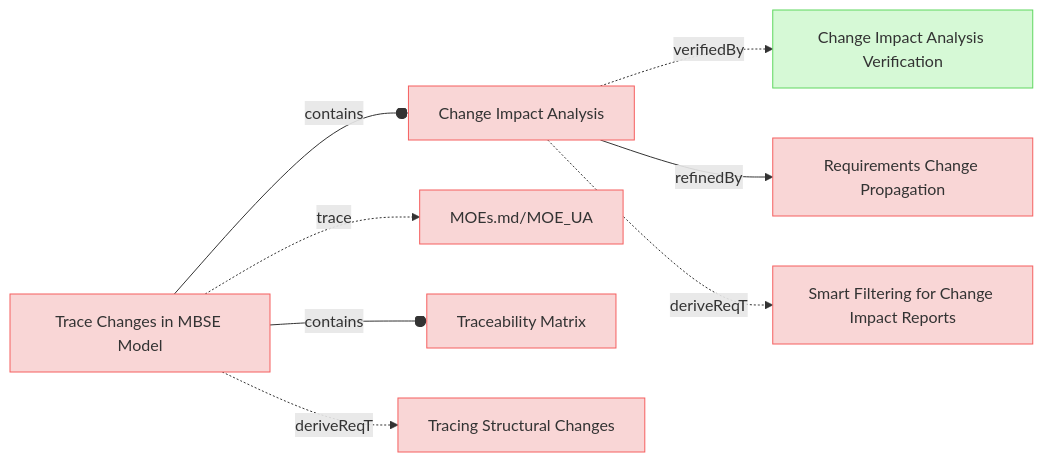
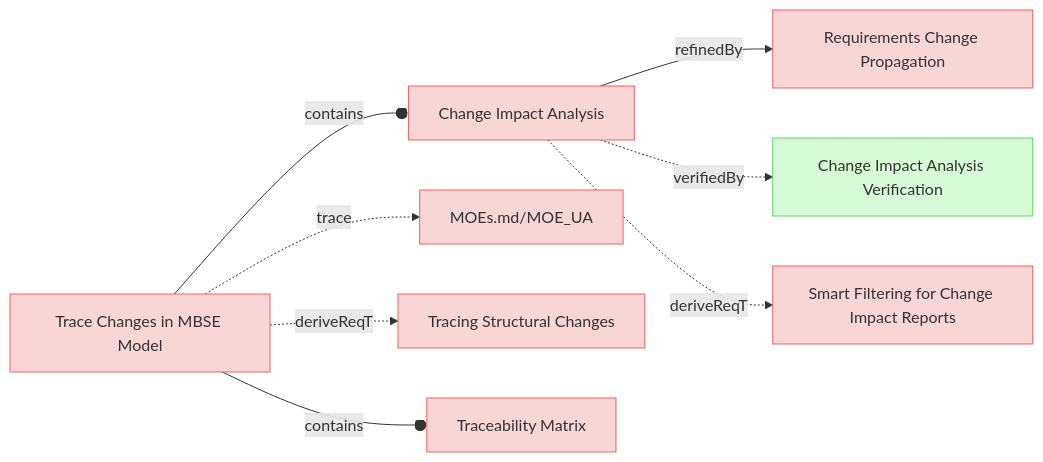
The eighth of 9 diagrams in specifications/UserRequirements.md (reqvire-org/reqvire), drawn with Mermaid before and after one commit. The commit also changed other lines of this file and 23 other files, not shown here.

````diff
--- a/specifications/UserRequirements.md
+++ b/specifications/UserRequirements.md
@@ -769,40 +777,40 @@
 ```mermaid
 graph LR;
   %% Graph styling
   classDef requirement fill:#f9d6d6,stroke:#f55f5f,stroke-width:1px;
   classDef verification fill:#d6f9d6,stroke:#5fd75f,stroke-width:1px;
   classDef externalLink fill:#d0e0ff,stroke:#3080ff,stroke-width:1px;
   classDef default fill:#f5f5f5,stroke:#333333,stroke-width:1px;
 
   9933cac5853a8584["Change Impact Analysis"];
   class 9933cac5853a8584 requirement;
   click 9933cac5853a8584 "UserRequirements.md#change-impact-analysis";
+  2054606d7574a553["Requirements Change Propagation"];
+  class 2054606d7574a553 requirement;
+  click 2054606d7574a553 "SpecificationsRequirements.md#requirements-change-propagation";
+  9933cac5853a8584 -->|refinedBy| 2054606d7574a553;
   b72d56e7e360fe6c["Change Impact Analysis Verification"];
   class b72d56e7e360fe6c verification;
   click b72d56e7e360fe6c "Verifications/ChangeImpactTests.md#change-impact-analysis-verification";
   9933cac5853a8584 -.->|verifiedBy| b72d56e7e360fe6c;
-  2054606d7574a553["Requirements Change Propagation"];
-  class 2054606d7574a553 requirement;
-  click 2054606d7574a553 "SpecificationsRequirements.md#requirements-change-propagation";
-  9933cac5853a8584 -->|refinedBy| 2054606d7574a553;
   ced028f36159c967["Smart Filtering for Change Impact Reports"];
   class ced028f36159c967 requirement;
   click ced028f36159c967 "SystemRequirements/ChangeImpactPropagation.md#smart-filtering-for-change-impact-reports";
   9933cac5853a8584 -.->|deriveReqT| ced028f36159c967;
   5ef9c8ae19a9f55a["Trace Changes in MBSE Model"];
   class 5ef9c8ae19a9f55a requirement;
   click 5ef9c8ae19a9f55a "UserStories.md#trace-changes-in-mbse-model";
   2c5f30f14e792200["MOEs.md/MOE_UA"];
   class 2c5f30f14e792200 requirement;
   click 2c5f30f14e792200 "MOEs.md#moe_ua";
   5ef9c8ae19a9f55a -.->|trace| 2c5f30f14e792200;
+  d7b7b13a5b8d96e1["Tracing Structural Changes"];
+  class d7b7b13a5b8d96e1 requirement;
+  click d7b7b13a5b8d96e1 "UserRequirements.md#tracing-structural-changes";
+  5ef9c8ae19a9f55a -.->|deriveReqT| d7b7b13a5b8d96e1;
+  5ef9c8ae19a9f55a --o|contains| 9933cac5853a8584;
   4e30ea0930dc9c26["Traceability Matrix"];
   class 4e30ea0930dc9c26 requirement;
   click 4e30ea0930dc9c26 "UserRequirements.md#traceability-matrix";
   5ef9c8ae19a9f55a --o|contains| 4e30ea0930dc9c26;
-  5ef9c8ae19a9f55a --o|contains| 9933cac5853a8584;
-  d7b7b13a5b8d96e1["Tracing Structural Changes"];
-  class d7b7b13a5b8d96e1 requirement;
-  click d7b7b13a5b8d96e1 "UserRequirements.md#tracing-structural-changes";
-  5ef9c8ae19a9f55a -.->|deriveReqT| d7b7b13a5b8d96e1;
 ```
````
